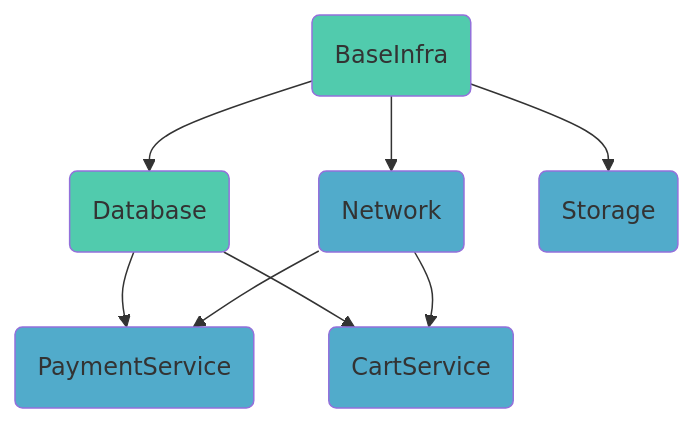
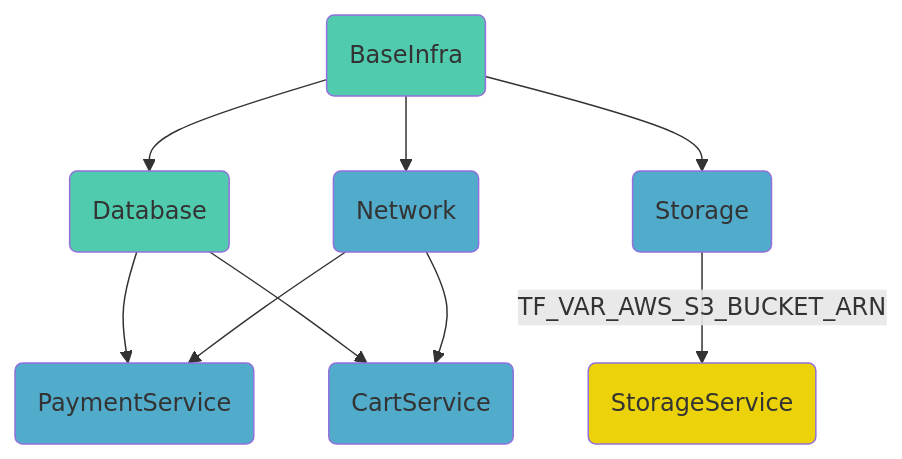
The ninth of 9 diagrams in docs/concepts/stack/stack-dependencies.md (spacelift-io/user-documentation), drawn with Mermaid before and after one commit. The commit also changed other lines of this file and 5 other files, not shown here.

````diff
--- a/docs/concepts/stack/stack-dependencies.md
+++ b/docs/concepts/stack/stack-dependencies.md
@@ -148,17 +234,19 @@
 ```mermaid
 graph TD;
     baseInfraColor(BaseInfra)-->databaseColor(Database);
     baseInfraColor(BaseInfra)-->networkColor(Network);
     baseInfraColor(BaseInfra)-->storageColor(Storage);
     databaseColor(Database)-->paymentSvcColor(PaymentService);
     networkColor(Network)-->paymentSvcColor(PaymentService);
     databaseColor(Database)-->cartSvcColor(CartService);
     networkColor(Network)-->cartSvcColor(CartService);
+    storageColor(Storage)-->|TF_VAR_AWS_S3_BUCKET_ARN|storageSvcColor(StorageService);
 
     style baseInfraColor fill:#51cbad
     style networkColor fill:#51abcb
     style paymentSvcColor fill:#51abcb
     style cartSvcColor fill:#51abcb
     style storageColor fill:#51abcb
     style databaseColor fill:#51cbad
+    style storageSvcColor fill:#ecd309
 ```
````
